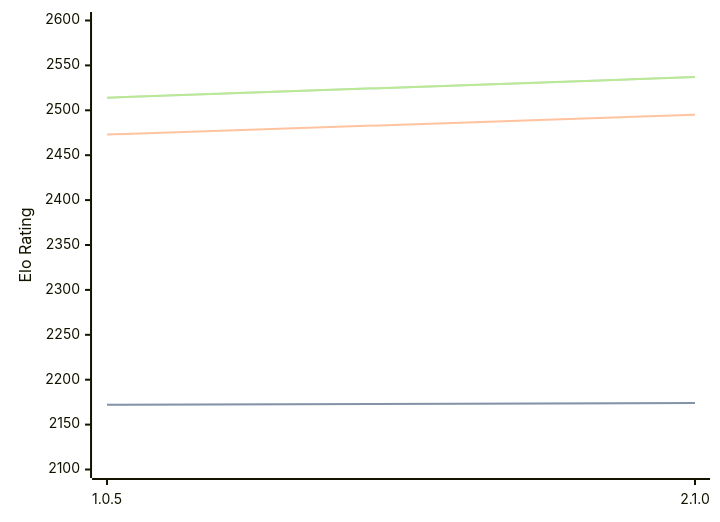
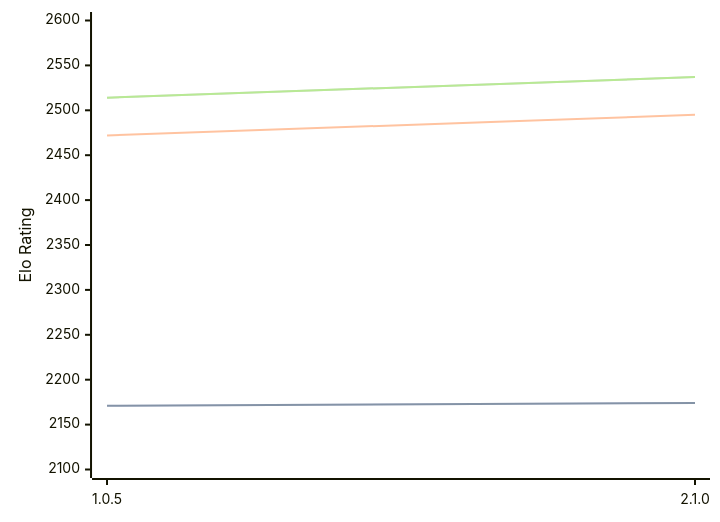
Before and after one commit to computer-chess-index/cci: the diagram in engines/Ruffian.md, drawn with Mermaid. The commit also changed other lines of this file, not shown here.

Commit message:
Update CCI Ratings (ELO VLTC) - 2026-03-25

````diff
--- a/engines/Ruffian.md
+++ b/engines/Ruffian.md
@@ -32,11 +32,11 @@
 ```mermaid
 %%{init: {"theme":"base","themeVariables":{"seriesColors:['#a3a3a3','#222221','#faa371']}}}%%
 xychart-beta
   x-axis ["1.0.5", "2.1.0"]
   y-axis "Elo Rating" 2100 --> 2600
-  line "STC (8.0+0.08s)" [2172, 2174]
-  line "STC (8.0+0.08s)" [2172, 2174]
-  line "LTC (60.0+0.60s)" [2473, 2495]
+  line "STC (8.0+0.08s)" [2171, 2174]
+  line "STC (8.0+0.08s)" [2171, 2174]
+  line "LTC (60.0+0.60s)" [2472, 2495]
   line "VLTC (2m24s+1.12s)" [2514, 2537]
   line "VLTC (2m24s+1.12s)" [2514, 2537]
 ```
````
